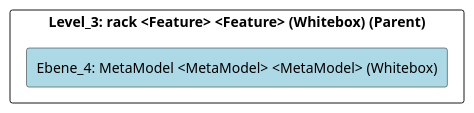
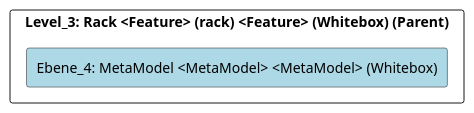
One commit to marcozwyssig/cleon changed the diagram in doc/cleonproject_deliverables_architecture_model_architecture/adoc/de/05_bausteinsicht/cleon/modeling_languages/rack/metamodel/ebene_4_metamodel.adoc. Above: the diagram before and after it, drawn with PlantUML. The commit also changed other lines of this file and 166 other files, not shown here.

```diff
--- a/doc/cleonproject_deliverables_architecture_model_architecture/adoc/de/05_bausteinsicht/cleon/modeling_languages/rack/metamodel/ebene_4_metamodel.adoc
+++ b/doc/cleonproject_deliverables_architecture_model_architecture/adoc/de/05_bausteinsicht/cleon/modeling_languages/rack/metamodel/ebene_4_metamodel.adoc
@@ -24,24 +24,24 @@
 [plantuml, Ebene_4: MetaModel <MetaModel> <MetaModel> (Whitebox)BlockOverview, format="svg"]
 ----
 @startuml Ebene_4: MetaModel <MetaModel> <MetaModel> (Whitebox)BuildingBlockOverview
 
 skinparam ranksep 10
 skinparam componentStyle rectangle
 skinparam shadowing false
 skinparam arrowColor lightblue
 skinparam arrowThickness 1.2
 skinparam rectangle {
   BackgroundColor White
   BorderColor #333
   RoundCorner 10
 }
 top to bottom direction
 
-component "Level_3: rack <Feature> <Feature> (Whitebox) (Parent)" {
+component "Level_3: Rack <Feature> (rack) <Feature> (Whitebox) (Parent)" {
     component "Ebene_4: MetaModel <MetaModel> <MetaModel> (Whitebox)" #lightblue {
     }
 
 }
 
 @enduml
 ----
```
